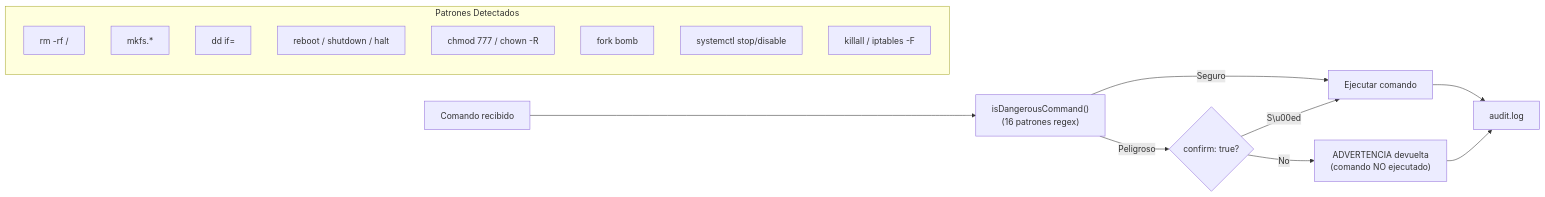
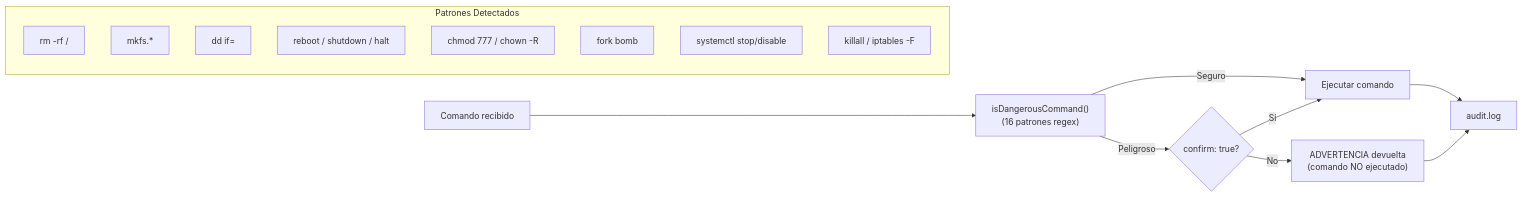
The third of 3 diagrams in README.es.md (d3v1an/ssh-mcp), drawn with Mermaid before and after one commit. The commit also changed other lines of this file and 5 other files, not shown here.

````diff
--- a/README.es.md
+++ b/README.es.md
@@ -68,21 +78,21 @@
 ```mermaid
 flowchart LR
     Input["Comando recibido"] --> Check["isDangerousCommand()<br/>(16 patrones regex)"]
     Check -->|Seguro| Exec["Ejecutar comando"]
     Check -->|Peligroso| Confirm{"confirm: true?"}
-    Confirm -->|S\u00ed| Exec
+    Confirm -->|Sí| Exec
     Confirm -->|No| Warn["ADVERTENCIA devuelta<br/>(comando NO ejecutado)"]
     Exec --> Log["audit.log"]
     Warn --> Log
 
     subgraph Patrones Detectados
         P1["rm -rf /"]
         P2["mkfs.*"]
         P3["dd if="]
         P4["reboot / shutdown / halt"]
         P5["chmod 777 / chown -R"]
         P6["fork bomb"]
         P7["systemctl stop/disable"]
         P8["killall / iptables -F"]
     end
 ```
````
